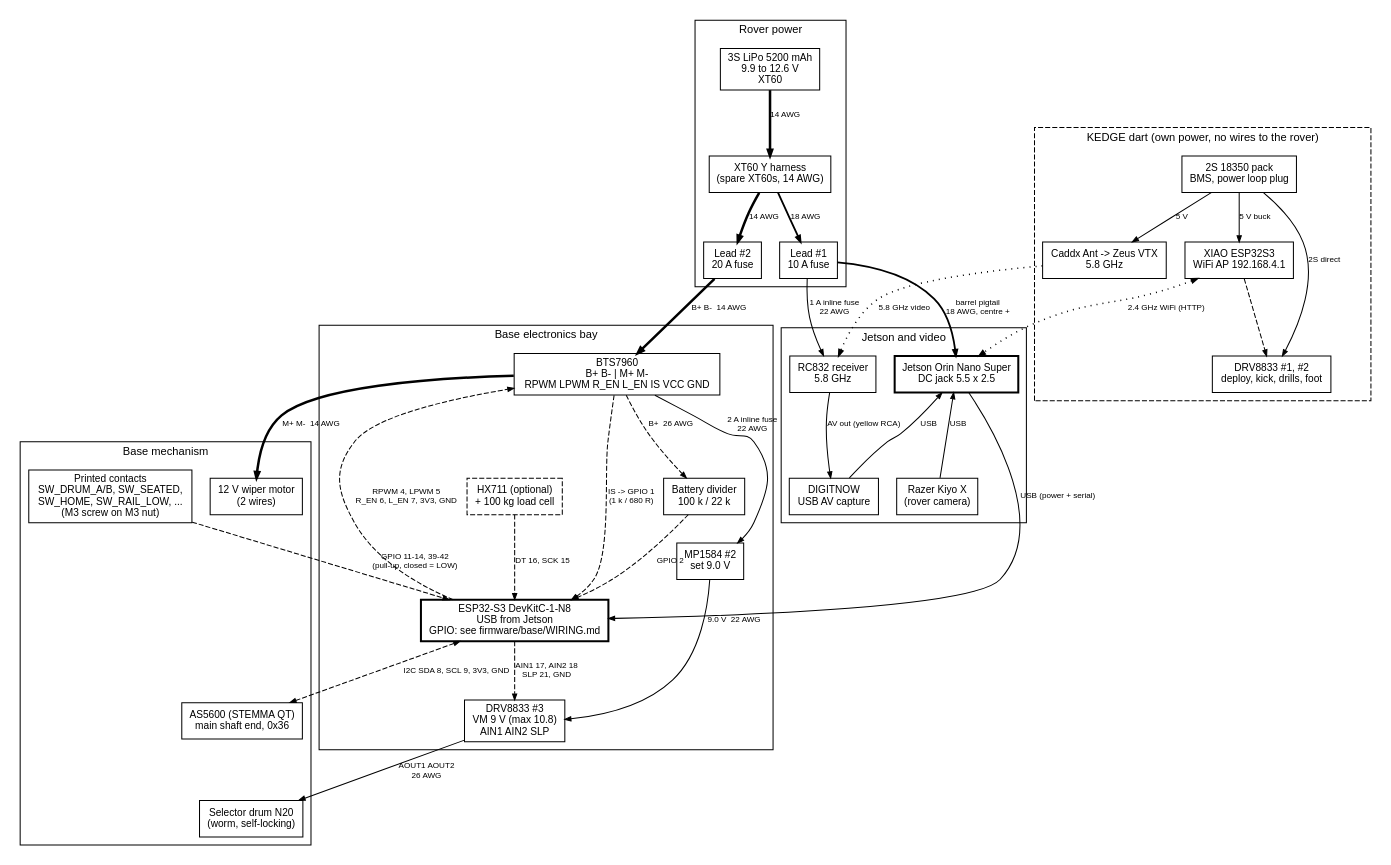
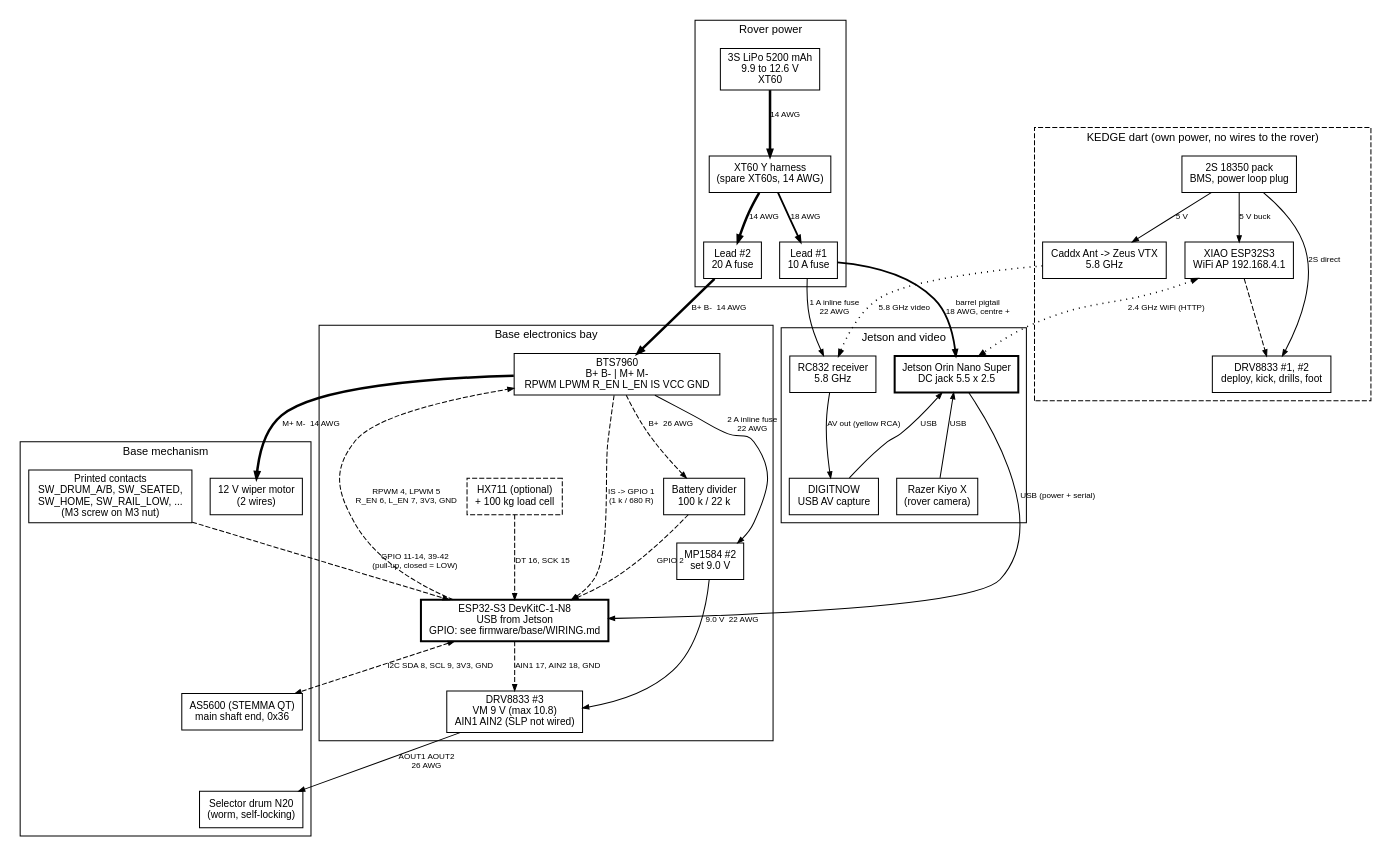
The diagram in docs/build/system_electrical.dot (HarryHYu/GrappStar), drawn with Graphviz before and after one commit. The commit also changed 9 other files, not shown here.

First line of the commit message:
docs/build: DRV8833 #3 SLP not wired (coordinator decision)

```diff
--- a/docs/build/system_electrical.dot
+++ b/docs/build/system_electrical.dot
@@ -1,82 +1,82 @@
 // GrappStar whole-system electrical diagram. Render: dot -Tsvg / -Tpng (make_guide.py does it).
 // Bold lines = battery power, plain = low-voltage power and USB, dashed = signal, dotted = radio.
 // GPIO numbers come from firmware/base/grappstar_base/pins.h (fw-base owns them).
 digraph G {
   graph [rankdir=TB, fontname="Liberation Sans", fontsize=11, nodesep=0.25, ranksep=0.55, splines=true, newrank=true];
   node  [shape=box, fontname="Liberation Sans", fontsize=10, color=black, fontcolor=black];
   edge  [fontname="Liberation Sans", fontsize=8, color=black, fontcolor=black, arrowsize=0.6];
 
   subgraph cluster_power {
     label="Rover power"; style=solid;
     lipo  [label="3S LiPo 5200 mAh\n9.9 to 12.6 V\nXT60"];
     ysplit[label="XT60 Y harness\n(spare XT60s, 14 AWG)"];
     f20   [label="Lead #2\n20 A fuse"];
     f10   [label="Lead #1\n10 A fuse"];
   }
 
   subgraph cluster_bay {
     label="Base electronics bay"; style=solid;
     bts   [label="BTS7960\nB+ B- | M+ M-\nRPWM LPWM R_EN L_EN IS VCC GND"];
     buck  [label="MP1584 #2\nset 9.0 V"];
-    drv   [label="DRV8833 #3\nVM 9 V (max 10.8)\nAIN1 AIN2 SLP"];
+    drv   [label="DRV8833 #3\nVM 9 V (max 10.8)\nAIN1 AIN2 (SLP not wired)"];
     esp   [label="ESP32-S3 DevKitC-1-N8\nUSB from Jetson\nGPIO: see firmware/base/WIRING.md", shape=box, style=bold];
     div   [label="Battery divider\n100 k / 22 k"];
     hx    [label="HX711 (optional)\n+ 100 kg load cell", style=dashed];
   }
 
   subgraph cluster_mech {
     label="Base mechanism"; style=solid;
     wiper [label="12 V wiper motor\n(2 wires)"];
     n20   [label="Selector drum N20\n(worm, self-locking)"];
     as5600[label="AS5600 (STEMMA QT)\nmain shaft end, 0x36"];
     sw    [label="Printed contacts\nSW_DRUM_A/B, SW_SEATED,\nSW_HOME, SW_RAIL_LOW, ...\n(M3 screw on M3 nut)"];
   }
 
   subgraph cluster_jetson {
     label="Jetson and video"; style=solid;
     jet   [label="Jetson Orin Nano Super\nDC jack 5.5 x 2.5", style=bold];
     rc832 [label="RC832 receiver\n5.8 GHz"];
     cap   [label="DIGITNOW\nUSB AV capture"];
     kiyo  [label="Razer Kiyo X\n(rover camera)"];
   }
 
   subgraph cluster_dart {
     label="KEDGE dart (own power, no wires to the rover)"; style=dashed;
     dbat  [label="2S 18350 pack\nBMS, power loop plug"];
     xiao  [label="XIAO ESP32S3\nWiFi AP 192.168.4.1"];
     ddrv  [label="DRV8833 #1, #2\ndeploy, kick, drills, foot"];
     vtx   [label="Caddx Ant -> Zeus VTX\n5.8 GHz"];
   }
 
   lipo  -> ysplit [label="14 AWG", style=bold, penwidth=2.5];
   ysplit-> f20    [label="14 AWG", style=bold, penwidth=2.5];
   ysplit-> f10    [label="18 AWG", style=bold, penwidth=1.8];
   f20   -> bts    [label="B+ B-  14 AWG", style=bold, penwidth=2.5];
   bts   -> wiper  [label="M+ M-  14 AWG", style=bold, penwidth=2.5];
   bts   -> buck   [label="2 A inline fuse\n22 AWG"];
   buck  -> drv    [label="9.0 V  22 AWG"];
   drv   -> n20    [label="AOUT1 AOUT2\n26 AWG"];
   f10   -> jet    [label="barrel pigtail\n18 AWG, centre +", style=bold, penwidth=1.8];
   f10   -> rc832  [label="1 A inline fuse\n22 AWG"];
   bts   -> div    [label="B+  26 AWG", style=dashed];
 
   jet   -> esp    [label="USB (power + serial)"];
   jet   -> cap    [label="USB", dir=back];
   jet   -> kiyo   [label="USB", dir=back];
   rc832 -> cap    [label="AV out (yellow RCA)"];
 
   esp   -> bts    [label="RPWM 4, LPWM 5\nR_EN 6, L_EN 7, 3V3, GND", style=dashed];
   bts   -> esp    [label="IS -> GPIO 1\n(1 k / 680 R)", style=dashed];
   div   -> esp    [label="GPIO 2", style=dashed];
-  esp   -> drv    [label="AIN1 17, AIN2 18\nSLP 21, GND", style=dashed];
+  esp   -> drv    [label="AIN1 17, AIN2 18, GND", style=dashed];
   esp   -> as5600 [label="I2C SDA 8, SCL 9, 3V3, GND", style=dashed, dir=both];
   sw    -> esp    [label="GPIO 11-14, 39-42\n(pull-up, closed = LOW)", style=dashed];
   hx    -> esp    [label="DT 16, SCK 15", style=dashed];
 
   dbat  -> xiao   [label="5 V buck"];
   dbat  -> ddrv   [label="2S direct"];
   xiao  -> ddrv   [style=dashed];
   dbat  -> vtx    [label="5 V"];
   vtx   -> rc832  [label="5.8 GHz video", style=dotted, penwidth=1.5];
   xiao  -> jet    [label="2.4 GHz WiFi (HTTP)", style=dotted, penwidth=1.5, dir=both];
 }
```
